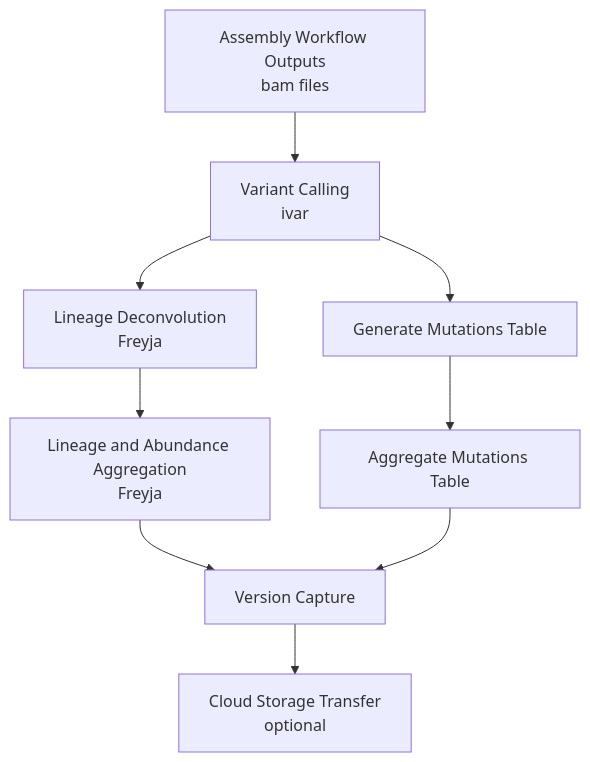
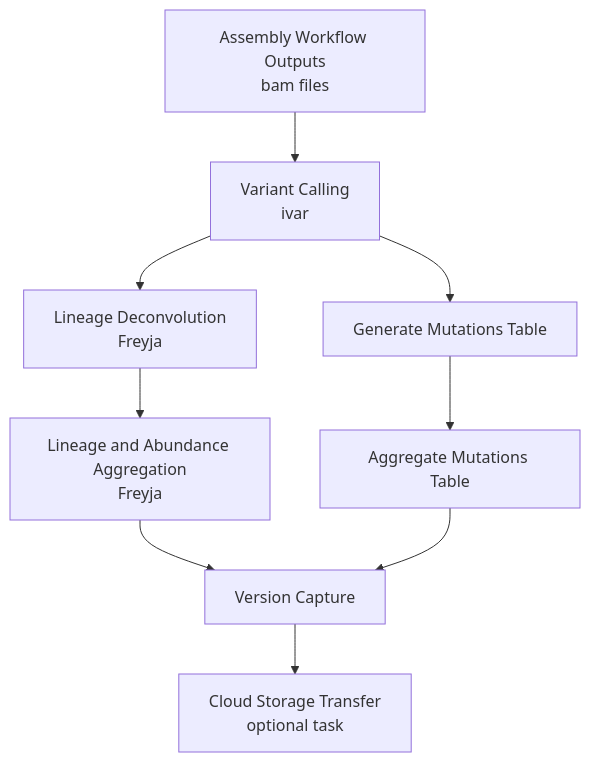
Before and after one commit to CDPHE-bioinformatics/CDPHE-Viral-Amplicon-WDL: the third of 3 diagrams in README.md, drawn with Mermaid.

````diff
--- a/README.md
+++ b/README.md
@@ -49,10 +49,10 @@
 ```mermaid
 graph TD
     A[Assembly Workflow Outputs<br/>bam files] --> B[Variant Calling<br/>ivar]
     B --> C[Lineage Deconvolution<br/>Freyja]
     C --> D[Lineage and Abundance Aggregation<br/>Freyja]
     B --> E[Generate Mutations Table]
     E --> F[Aggregate Mutations Table]
     D & F --> G[Version Capture]
-    G --> H[Cloud Storage Transfer<br/>optional]
+    G --> H[Cloud Storage Transfer<br/>optional task]
 ```
````
